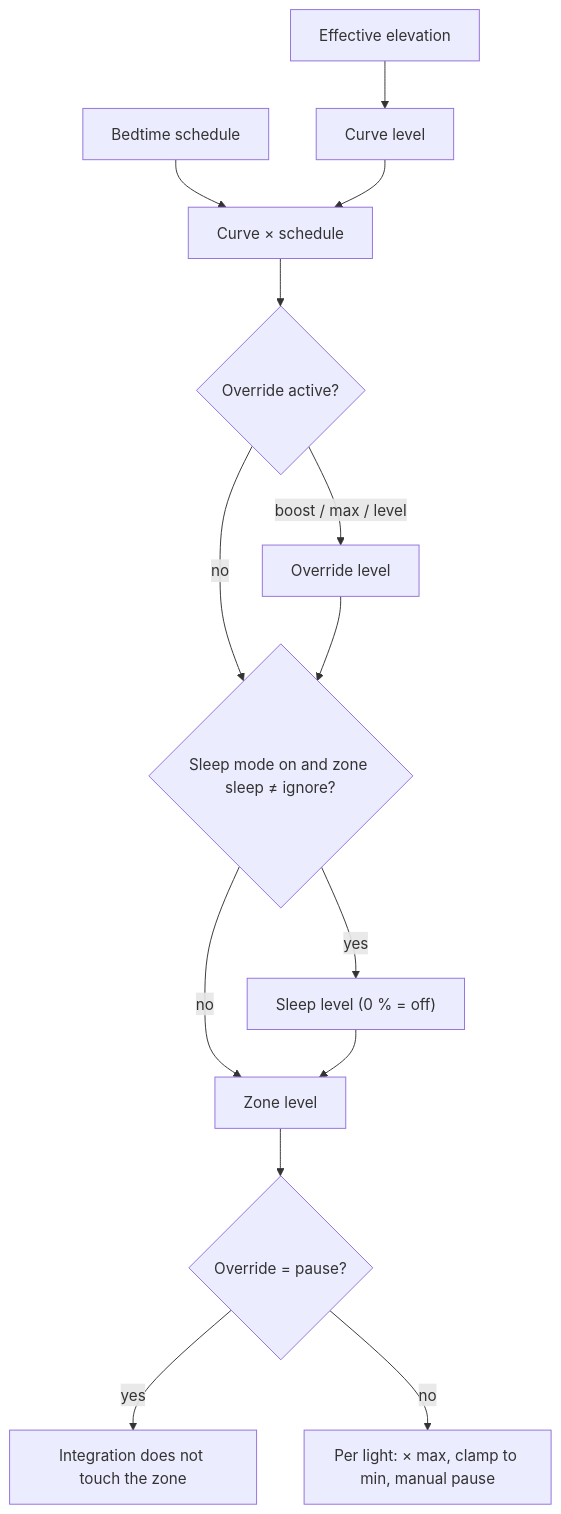
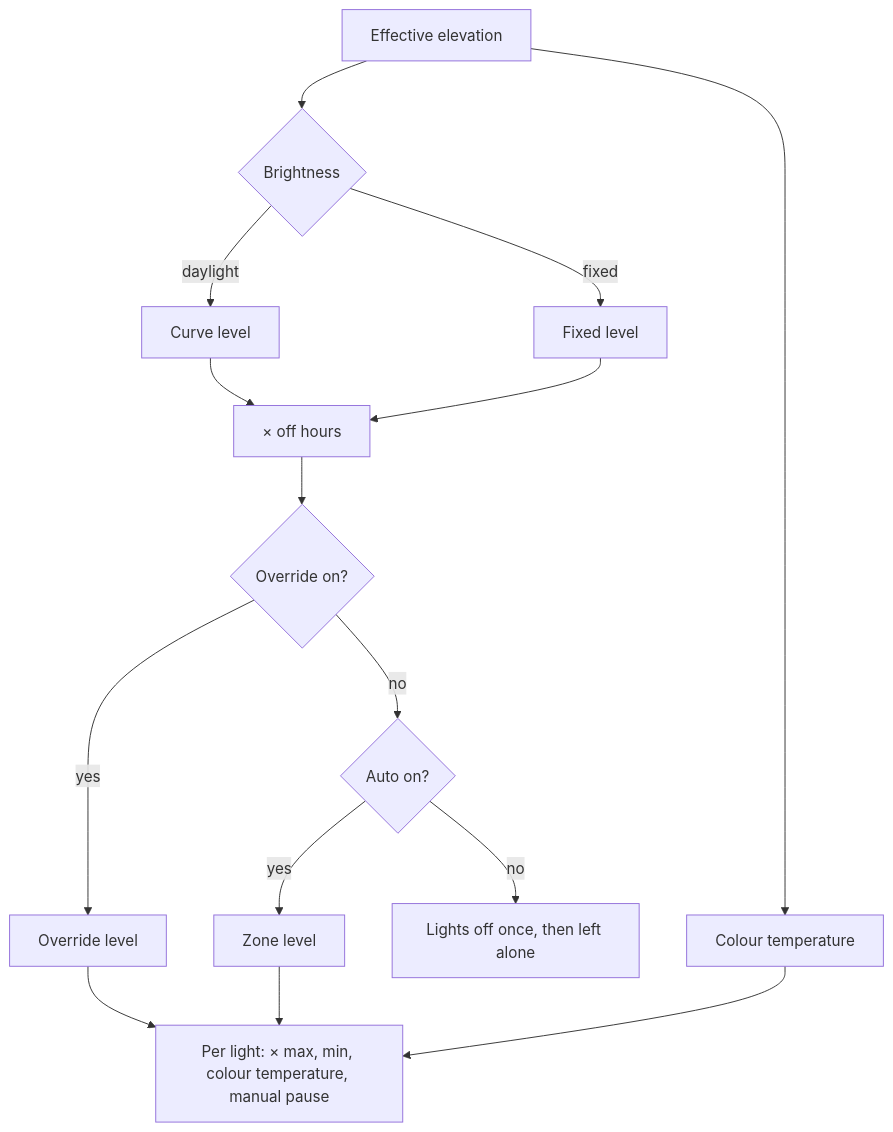
One commit to jghek/ha-daylight-zones changed the second of 2 diagrams in docs/design.md. Above: the diagram before and after it, drawn with Mermaid. The commit also changed other lines of this file and 31 other files, not shown here.

Commit message:
Rename to Daylight Zones; auto and override switches, fixed brightness, colour temperature, off hours, blueprints

````diff
--- a/docs/design.md
+++ b/docs/design.md
@@ -148,16 +168,17 @@
 ```mermaid
 flowchart TD
-    E["Effective elevation"] --> C["Curve level"]
-    T["Bedtime schedule"] --> M["Curve × schedule"]
-    C --> M
-    M --> O{"Override active?"}
-    O -- "boost / max / level" --> OV["Override level"]
-    O -- "no" --> S
-    OV --> S{"Sleep mode on and zone sleep ≠ ignore?"}
-    S -- "yes" --> SL["Sleep level (0 % = off)"]
-    S -- "no" --> Z["Zone level"]
-    SL --> Z
-    Z --> P{"Override = pause?"}
-    P -- "yes" --> X["Integration does not touch the zone"]
-    P -- "no" --> L["Per light: × max, clamp to min, manual pause"]
+    E["Effective elevation"] --> B{"Brightness"}
+    B -- "daylight" --> C["Curve level"]
+    B -- "fixed" --> F["Fixed level"]
+    C --> M["× off hours"]
+    F --> M
+    M --> O{"Override on?"}
+    O -- "yes" --> OV["Override level"]
+    O -- "no" --> A{"Auto on?"}
+    A -- "yes" --> Z["Zone level"]
+    A -- "no" --> X["Lights off once, then left alone"]
+    OV --> L["Per light: × max, min, colour temperature, manual pause"]
+    Z --> L
+    E --> K["Colour temperature"]
+    K --> L
 ```
````
